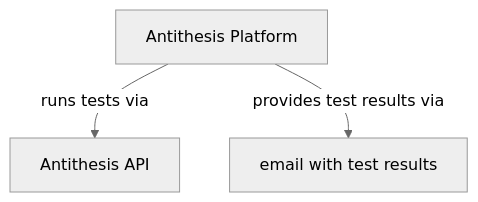
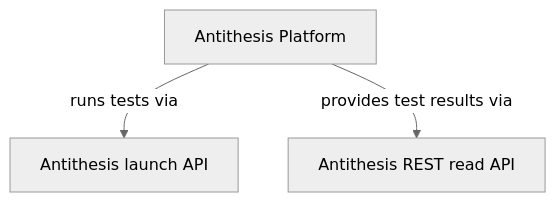
One commit to cardano-foundation/moog changed the third of 11 diagrams in docs/ops/architecture.md. Above: the diagram before and after it, drawn with Mermaid (neutral theme). The commit also changed other lines of this file and 9 other files, not shown here.

````diff
--- a/docs/ops/architecture.md
+++ b/docs/ops/architecture.md
@@ -87,5 +87,5 @@
 ```mermaid
 graph TD
-        A[Antithesis Platform] -->|runs tests via| B[Antithesis API]
-        A -->|provides test results via| C[email with test results]
+        A[Antithesis Platform] -->|runs tests via| B[Antithesis launch API]
+        A -->|provides test results via| C[Antithesis REST read API]
 ```
````
